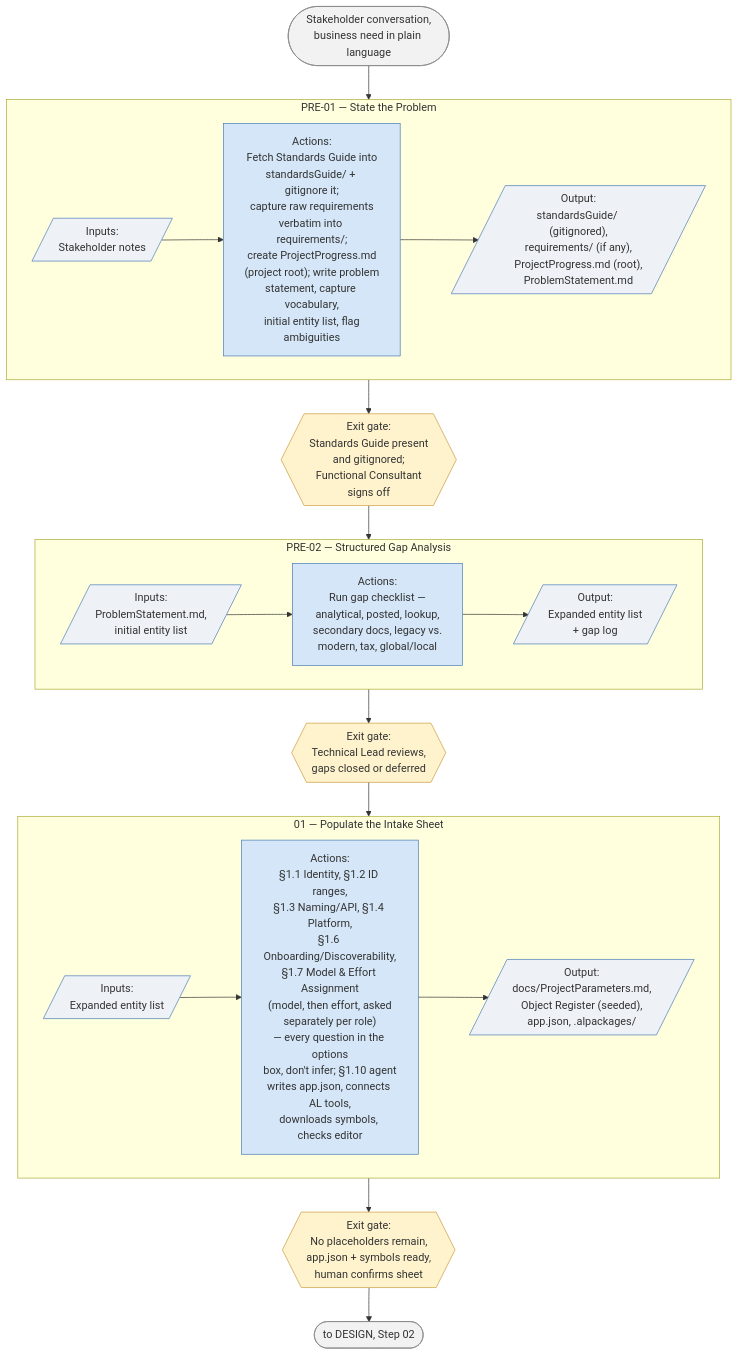
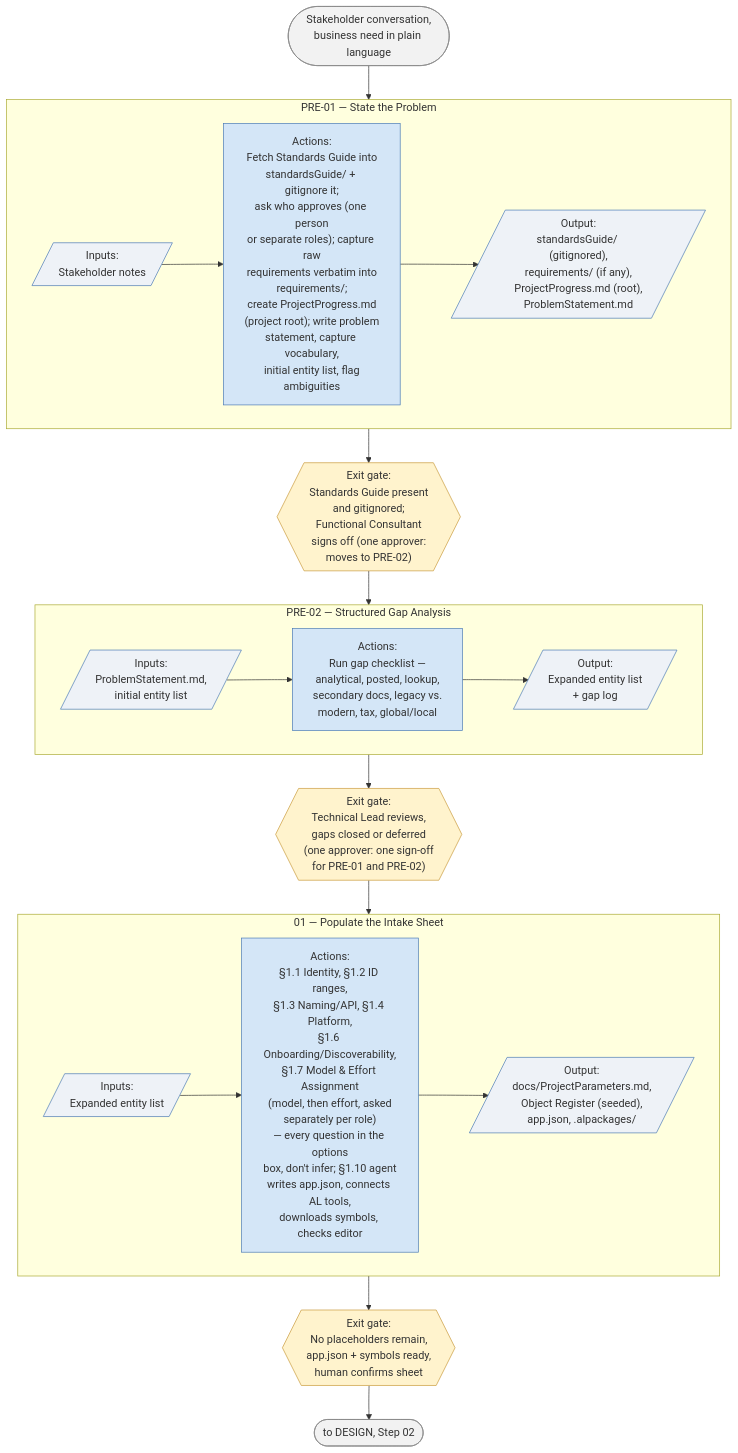
One commit to ajansari/ocpfBcAgenticDevFramework changed the third of 8 diagrams in fullVersion/RunbookSchematics.md. Above: the diagram before and after it, drawn with Mermaid. The commit also changed other lines of this file and 21 other files, not shown here.

````diff
--- a/fullVersion/RunbookSchematics.md
+++ b/fullVersion/RunbookSchematics.md
@@ -126,35 +126,35 @@
 ```mermaid
 flowchart TD
     Start(["Stakeholder conversation,<br/>business need in plain language"]) --> PRE01
 
     subgraph PRE01["PRE-01 — State the Problem"]
         direction LR
-        In1[/"Inputs:<br/>Stakeholder notes"/] --> Act1["Actions:<br/>Fetch Standards Guide into<br/>standardsGuide/ + gitignore it;<br/>capture raw requirements<br/>verbatim into requirements/;<br/>create ProjectProgress.md<br/>(project root); write problem<br/>statement, capture vocabulary,<br/>initial entity list, flag<br/>ambiguities"] --> Out1[/"Output:<br/>standardsGuide/ (gitignored),<br/>requirements/ (if any),<br/>ProjectProgress.md (root),<br/>ProblemStatement.md"/]
+        In1[/"Inputs:<br/>Stakeholder notes"/] --> Act1["Actions:<br/>Fetch Standards Guide into<br/>standardsGuide/ + gitignore it;<br/>ask who approves (one person<br/>or separate roles); capture raw<br/>requirements verbatim into<br/>requirements/;<br/>create ProjectProgress.md<br/>(project root); write problem<br/>statement, capture vocabulary,<br/>initial entity list, flag<br/>ambiguities"] --> Out1[/"Output:<br/>standardsGuide/ (gitignored),<br/>requirements/ (if any),<br/>ProjectProgress.md (root),<br/>ProblemStatement.md"/]
     end
-    PRE01 --> Gate1{{"Exit gate:<br/>Standards Guide present<br/>and gitignored;<br/>Functional Consultant<br/>signs off"}}
+    PRE01 --> Gate1{{"Exit gate:<br/>Standards Guide present<br/>and gitignored;<br/>Functional Consultant<br/>signs off (one approver:<br/>moves to PRE-02)"}}
 
     Gate1 --> PRE02
     subgraph PRE02["PRE-02 — Structured Gap Analysis"]
         direction LR
         In2[/"Inputs:<br/>ProblemStatement.md,<br/>initial entity list"/] --> Act2["Actions:<br/>Run gap checklist —<br/>analytical, posted, lookup,<br/>secondary docs, legacy vs.<br/>modern, tax, global/local"] --> Out2[/"Output:<br/>Expanded entity list<br/>+ gap log"/]
     end
-    PRE02 --> Gate2{{"Exit gate:<br/>Technical Lead reviews,<br/>gaps closed or deferred"}}
+    PRE02 --> Gate2{{"Exit gate:<br/>Technical Lead reviews,<br/>gaps closed or deferred<br/>(one approver: one sign-off<br/>for PRE-01 and PRE-02)"}}
 
     Gate2 --> S01
     subgraph S01["01 — Populate the Intake Sheet"]
         direction LR
         In3[/"Inputs:<br/>Expanded entity list"/] --> Act3["Actions:<br/>§1.1 Identity, §1.2 ID ranges,<br/>§1.3 Naming/API, §1.4 Platform,<br/>§1.6 Onboarding/Discoverability,<br/>§1.7 Model & Effort Assignment<br/>(model, then effort, asked<br/>separately per role)<br/>— every question in the options<br/>box, don't infer; §1.10 agent<br/>writes app.json, connects AL tools,<br/>downloads symbols, checks editor"] --> Out3[/"Output:<br/>docs/ProjectParameters.md,<br/>Object Register (seeded),<br/>app.json, .alpackages/"/]
     end
     S01 --> Gate3{{"Exit gate:<br/>No placeholders remain,<br/>app.json + symbols ready,<br/>human confirms sheet"}}
 
     Gate3 --> Next(["to DESIGN, Step 02"])
 
     classDef io fill:#eef2f7,stroke:#4a7ab5,stroke-width:1px;
     classDef act fill:#d4e6f7,stroke:#4a7ab5,stroke-width:1px;
     classDef gate fill:#fff3cd,stroke:#c99a3a,stroke-width:1px;
     classDef endpoint fill:#f2f2f2,stroke:#888,stroke-width:1px;
     class In1,Out1,In2,Out2,In3,Out3 io;
     class Act1,Act2,Act3 act;
     class Gate1,Gate2,Gate3 gate;
     class Start,Next endpoint;
 ```
````
